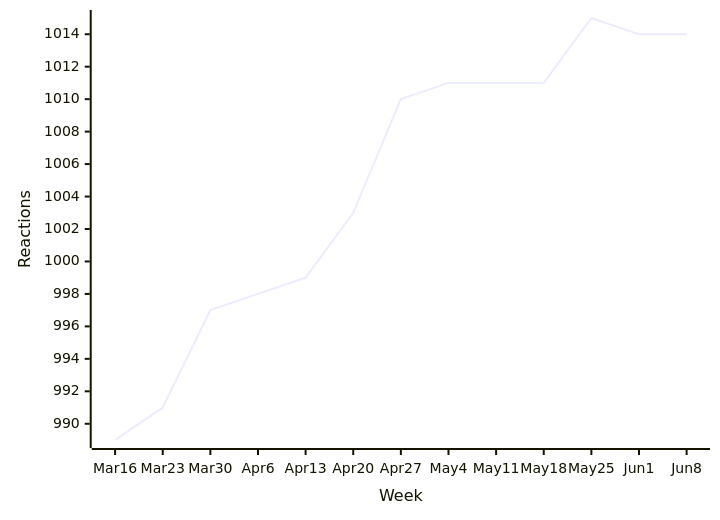
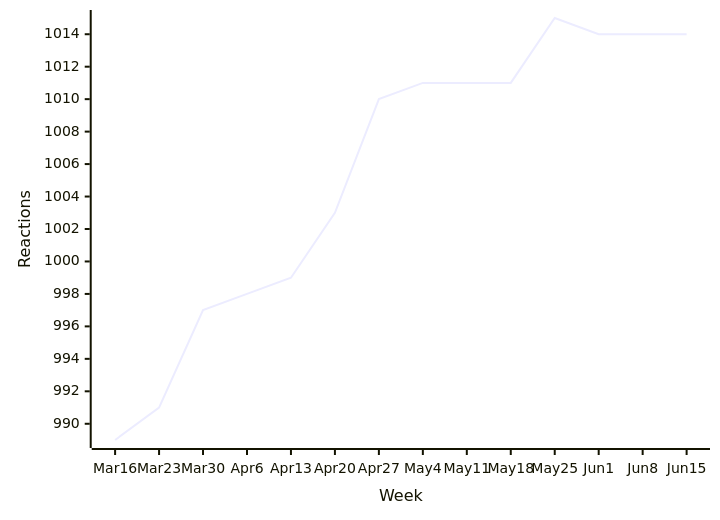
The fourth of 47 diagrams in README.md (loic-sharma/github-insights), drawn with Mermaid before and after one commit. The commit also changed other lines of this file and 3 other files, not shown here.

````diff
--- a/README.md
+++ b/README.md
@@ -390,6 +390,6 @@
   ```mermaid
   xychart-beta
-    x-axis "Week" [Mar 16, Mar 23, Mar 30, Apr 6, Apr 13, Apr 20, Apr 27, May 4, May 11, May 18, May 25, Jun 1, Jun 8]
+    x-axis "Week" [Mar 16, Mar 23, Mar 30, Apr 6, Apr 13, Apr 20, Apr 27, May 4, May 11, May 18, May 25, Jun 1, Jun 8, Jun 15]
     y-axis "Reactions"
-    line [989, 991, 997, 998, 999, 1003, 1010, 1011, 1011, 1011, 1015, 1014, 1014]
+    line [989, 991, 997, 998, 999, 1003, 1010, 1011, 1011, 1011, 1015, 1014, 1014, 1014]
   ```
````
